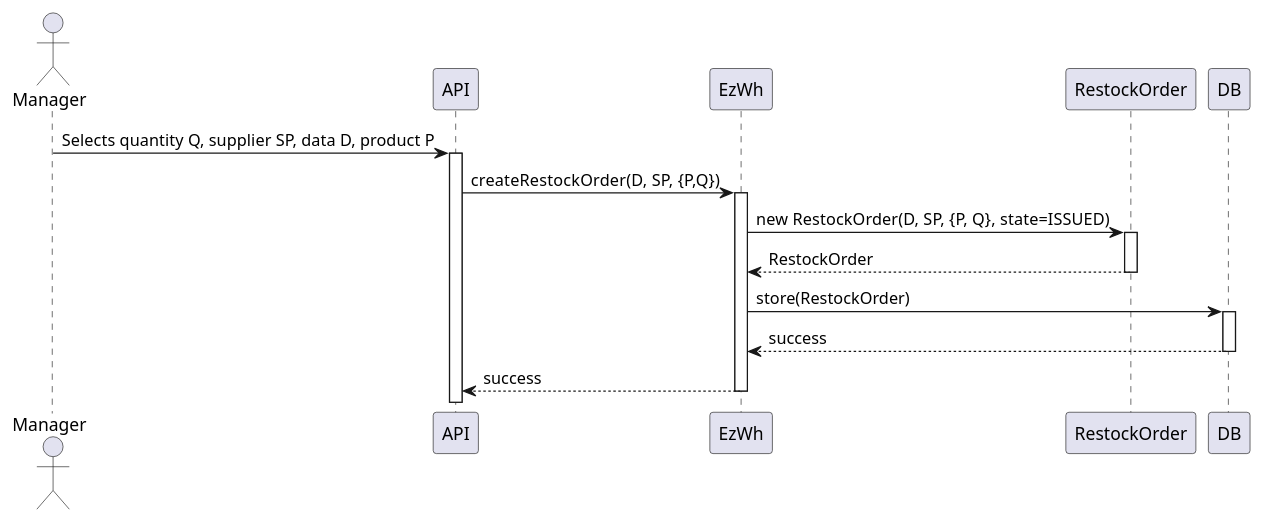
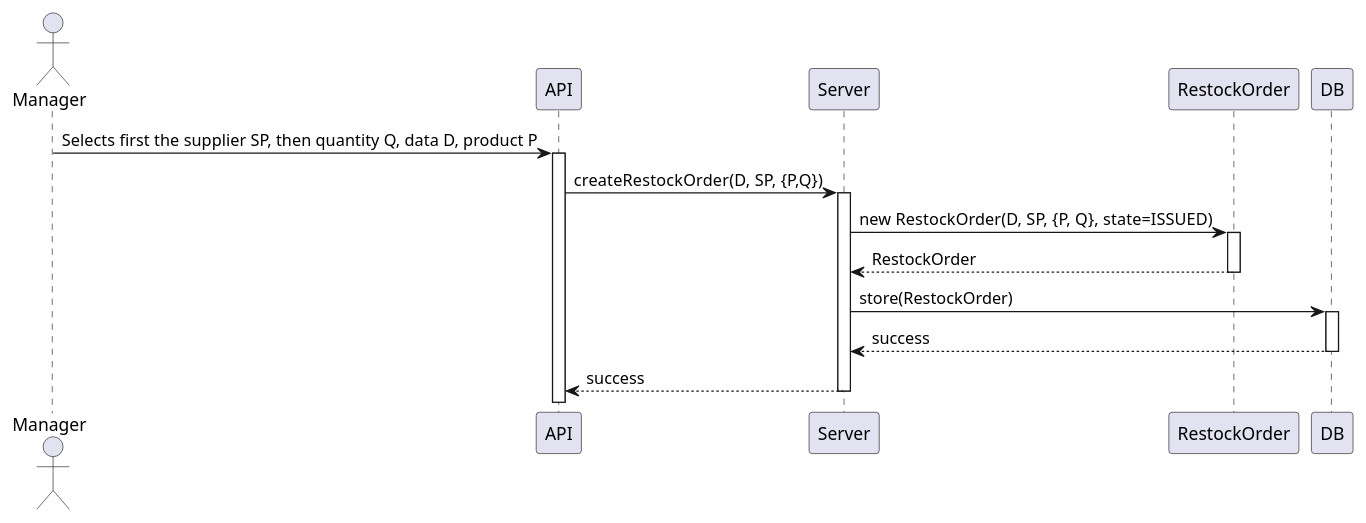
Before and after one commit to flaviociravegna/softeng-ezwh: the sixth of 10 diagrams in DesignDocument.md, drawn with PlantUML. The commit also changed other lines of this file, not shown here.

````diff
--- a/DesignDocument.md
+++ b/DesignDocument.md
@@ -492,13 +493,13 @@
 ```plantuml
 @startuml
 autoactivate on
 actor Manager
-Manager -> API : Selects quantity Q, supplier SP, data D, product P
-API -> EzWh : createRestockOrder(D, SP, {P,Q})
-EzWh -> RestockOrder : new RestockOrder(D, SP, {P, Q}, state=ISSUED)
+Manager -> API : Selects first the supplier SP, then quantity Q, data D, product P
+API -> Server : createRestockOrder(D, SP, {P,Q})
+Server -> RestockOrder : new RestockOrder(D, SP, {P, Q}, state=ISSUED)
 return RestockOrder
-EzWh -> DB : store(RestockOrder)
+Server -> DB : store(RestockOrder)
 return success
 return success
 @enduml
 ```
````
